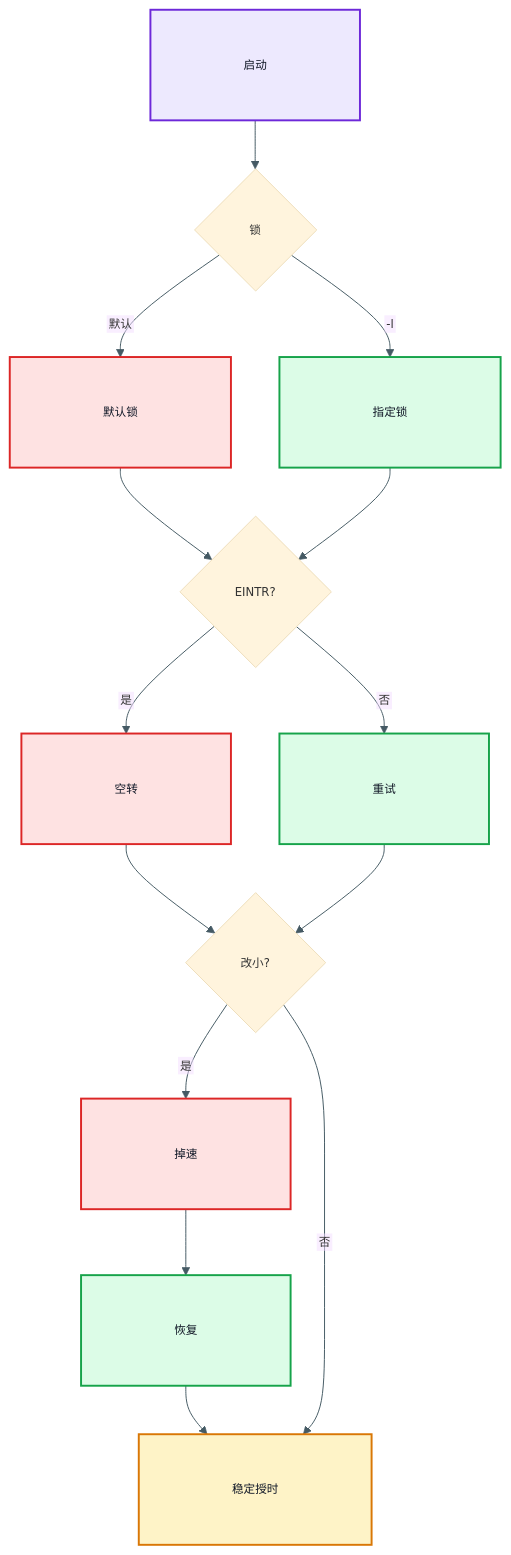
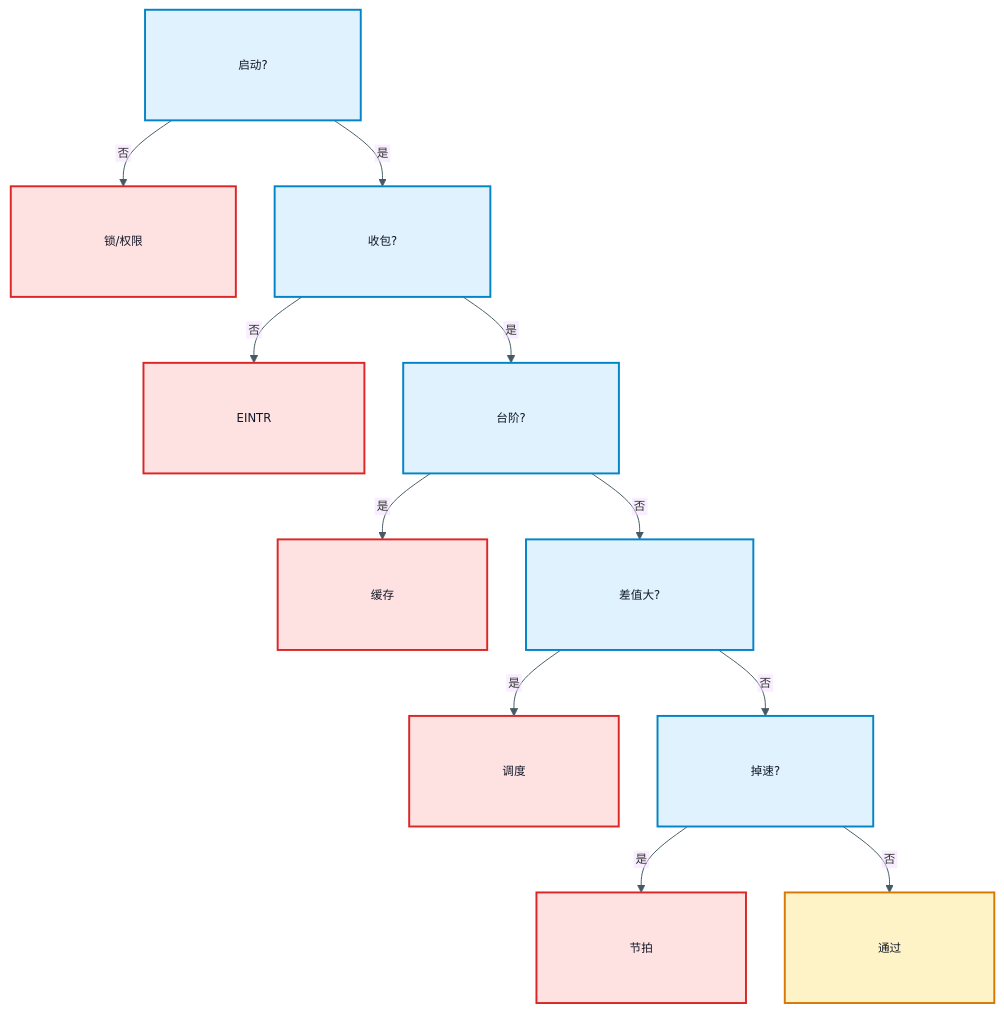
The second of 3 diagrams in content/posts/performance/qnx_ptpd_time_sync_accuracy.md (DeguiLiu/tech-notes), drawn with Mermaid before and after one commit. The commit also changed other lines of this file and 1 other file, not shown here.

````diff
--- a/content/posts/performance/qnx_ptpd_time_sync_accuracy.md
+++ b/content/posts/performance/qnx_ptpd_time_sync_accuracy.md
@@ -220,31 +87,22 @@
 ```mermaid
-%%{init: {"theme":"base","themeVariables":{"fontFamily":"sans-serif","fontSize":"12px","lineColor":"#455A64"},"flowchart":{"padding":48,"htmlLabels":false}}}%%
-flowchart TB
-    S["启动"]
-    L{"锁"}
-    L1["默认锁"]
-    L2["指定锁"]
-    E{"EINTR?"}
-    E1["空转"]
-    E2["重试"]
-    C{"改小?"}
-    C1["掉速"]
-    C2["恢复"]
-    OK["稳定授时"]
-
-    S --> L
-    L -->|默认| L1 --> E
-    L -->|-l| L2 --> E
-    E -->|是| E1 --> C
-    E -->|否| E2 --> C
-    C -->|是| C1 --> C2 --> OK
-    C -->|否| OK
-    classDef start fill:#EDE9FE,stroke:#6D28D9,stroke-width:2px,color:#111827
-    classDef warn fill:#FEE2E2,stroke:#DC2626,stroke-width:2px,color:#111827
+%%{init: {"theme":"base","themeVariables":{"fontFamily":"sans-serif","fontSize":"12px","lineColor":"#455A64"},"flowchart":{"htmlLabels":false,"padding":48,"nodeSpacing":40,"rankSpacing":50}}}%%
+flowchart TD
+    A["启动?"] -->|否| B["锁/权限"]
+    A -->|是| C["收包?"]
+    C -->|否| D["EINTR"]
+    C -->|是| E["台阶?"]
+    E -->|是| F["缓存"]
+    E -->|否| G["差值大?"]
+    G -->|是| H["调度"]
+    G -->|否| I["掉速?"]
+    I -->|是| J["节拍"]
+    I -->|否| K["通过"]
+    classDef bad fill:#FEE2E2,stroke:#DC2626,stroke-width:2px,color:#111827
+    classDef check fill:#E0F2FE,stroke:#0284C7,stroke-width:2px,color:#111827
     classDef fix fill:#DCFCE7,stroke:#16A34A,stroke-width:2px,color:#111827
     classDef ok fill:#FEF3C7,stroke:#D97706,stroke-width:2px,color:#111827
-    class S start
-    class L1,E1,C1 warn
-    class L2,E2,C2 fix
-    class OK ok
+    class B,D,F,H bad
+    class J bad
+    class A,C,E,G,I check
+    class K ok
 ```
````
